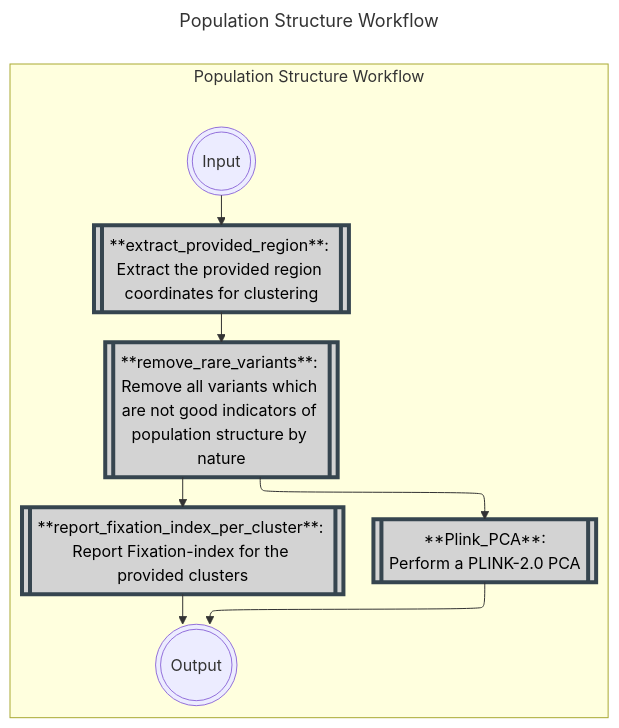
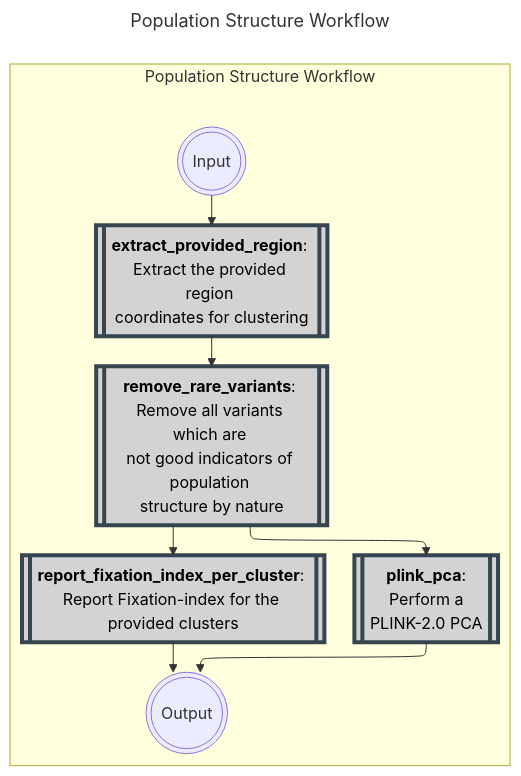
Before and after one commit to Tuks-ICMM/Population-Structure-Workflow: the first of 5 diagrams in docs/02-workflow/02-methodology.md, drawn with Mermaid. The commit also changed other lines of this file, not shown here.

````diff
--- a/docs/02-workflow/02-methodology.md
+++ b/docs/02-workflow/02-methodology.md
@@ -36,37 +36,36 @@
   ```mermaid
 ---
 title: Population Structure Workflow
 config:
     flowchart:
         defaultRenderer: elk
 ---
 flowchart TB
   subgraph population_structure_workflow[Population Structure Workflow]
     direction TB
     classDef bcftools stroke:#FF5733,fill:#D3D3D3,stroke-width:4px,color:black;
     classDef plink stroke:#36454F,fill:#D3D3D3,stroke-width:4px,color:black;
     classDef python stroke:#FEBE10,fill:#D3D3D3,stroke-width:4px,color:black;
     classDef admixture stroke:#333,fill:#D3D3D3,stroke-width:4px,color:black;
     classDef tabix stroke:#023020,fill:#D3D3D3,stroke-width:4px,color:black;
     classDef gatk stroke:#007FFF,fill:#D3D3D3,stroke-width:4px,color:black;
     START(((Input)))
     END(((Output)))
 
-    extract_provided_region[[**extract_provided_region**: Extract the provided region coordinates for clustering]]
+    extract_provided_region[[<b>extract_provided_region</b>: <br>Extract the provided region <br>coordinates for clustering]]
 
-    remove_rare_variants[[**remove_rare_variants**: Remove all variants which are not good indicators of population structure by nature]]
+    remove_rare_variants[[<b>remove_rare_variants</b>: <br>Remove all variants which are <br>not good indicators of population <br>structure by nature]]
 
-    plinkPca[[**Plink_PCA**:
-  Perform a PLINK-2.0 PCA]]
+    plink_pca[[<b>plink_pca</b>: <br>Perform a <br>PLINK-2.0 PCA]]
     
-    report_fixation_index_per_cluster[[**report_fixation_index_per_cluster**: Report Fixation-index for the provided clusters]]
+    report_fixation_index_per_cluster[[<b>report_fixation_index_per_cluster</b>: <br>Report Fixation-index for the <br>provided clusters]]
 
-    class remove_rare_variants,plinkPca,plinkPed,report_fixation_index_per_cluster,extract_provided_region plink;
+    class remove_rare_variants,plink_pca,plinkPed,report_fixation_index_per_cluster,extract_provided_region plink;
     class Admixture admixture;
     class fetchPedLables python;
 
-    START --> extract_provided_region --> remove_rare_variants --> plinkPca & report_fixation_index_per_cluster
+    START --> extract_provided_region --> remove_rare_variants --> plink_pca & report_fixation_index_per_cluster
 
-    plinkPca & report_fixation_index_per_cluster --> END
+    plink_pca & report_fixation_index_per_cluster --> END
   end
   ```
````
